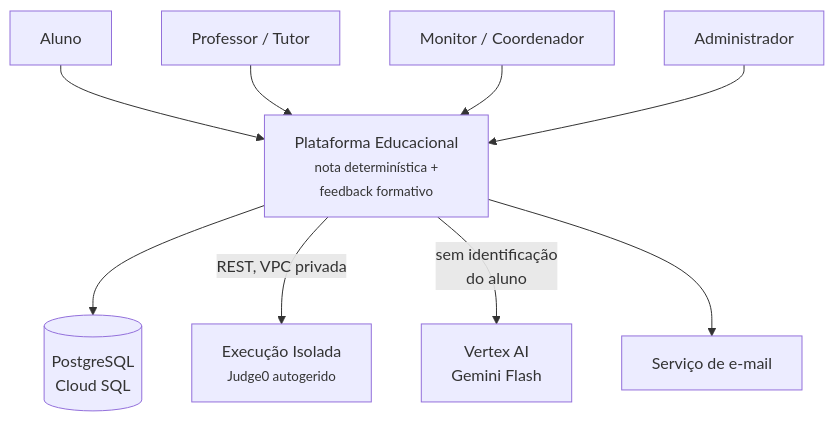
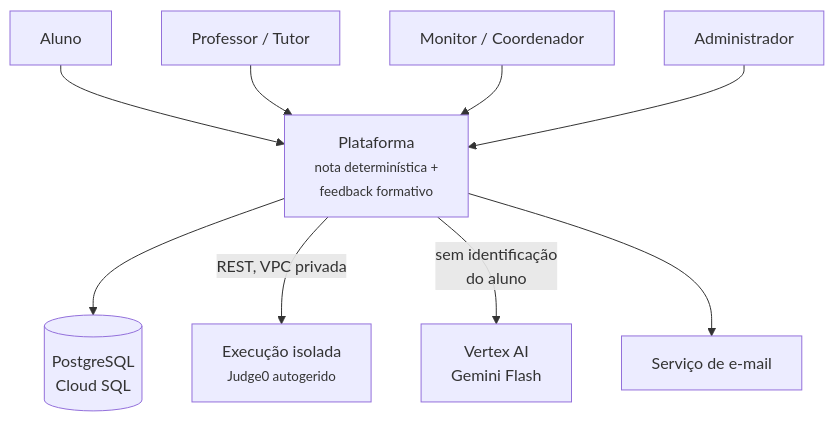
Before and after one commit to TUTOR-IA-Makers/tutor-ia: the diagram in docs/product/target-architecture.md, drawn with Mermaid. The commit also changed other lines of this file and 84 other files, not shown here.

````diff
--- a/docs/product/target-architecture.md
+++ b/docs/product/target-architecture.md
@@ -12,12 +12,12 @@
 ```mermaid
 graph TD
     A["Aluno"] --> S
     P["Professor / Tutor"] --> S
     M["Monitor / Coordenador"] --> S
     AD["Administrador"] --> S
-    S["Plataforma Educacional<br/><small>nota determinística +<br/>feedback formativo</small>"]
+    S["Plataforma<br/><small>nota determinística +<br/>feedback formativo</small>"]
     S --> DB[("PostgreSQL<br/>Cloud SQL")]
-    S -->|"REST, VPC privada"| SB["Execução Isolada<br/><small>Judge0 autogerido</small>"]
+    S -->|"REST, VPC privada"| SB["Execução isolada<br/><small>Judge0 autogerido</small>"]
     S -->|"sem identificação<br/>do aluno"| IA["Vertex AI<br/>Gemini Flash"]
     S --> ML["Serviço de e-mail"]
 ```
````
